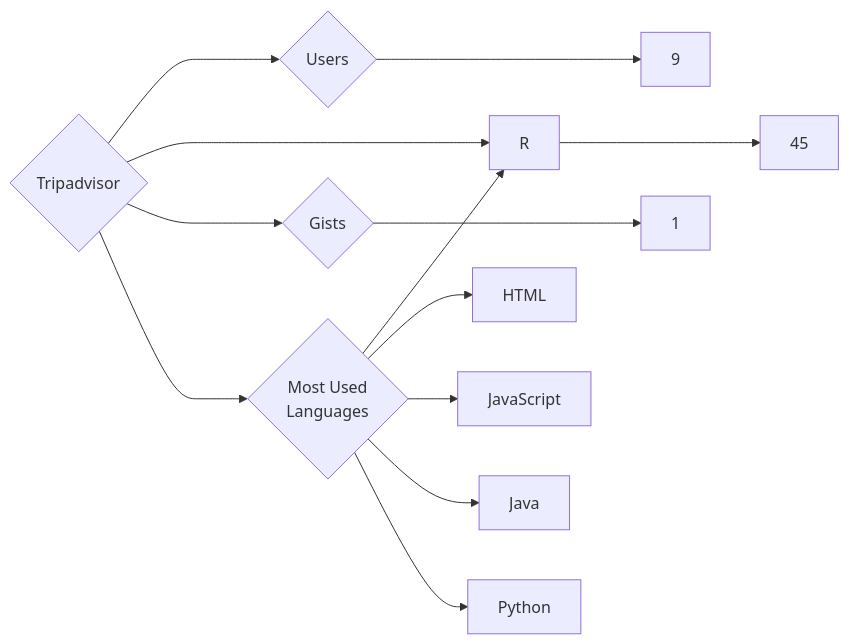
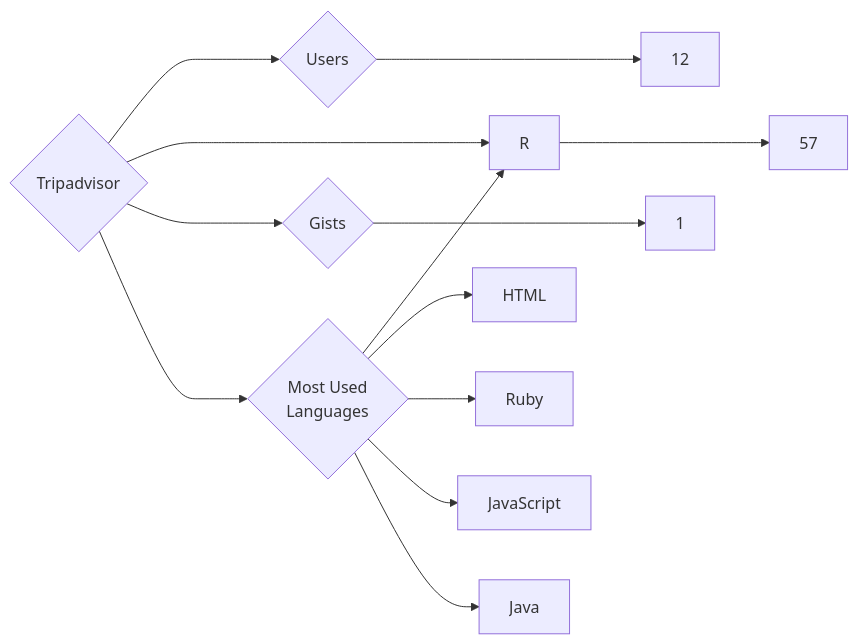
Before and after one commit to trickest/insiders: the diagram in targets/Tripadvisor/README.md, drawn with Mermaid. The commit also changed 965 other files, not shown here.

````diff
--- a/targets/Tripadvisor/README.md
+++ b/targets/Tripadvisor/README.md
@@ -3,13 +3,13 @@
 ```mermaid
 graph LR
 COMPANY_NAME{Tripadvisor}
-COMPANY_NAME ---> U{Users} ---> UN[9]
-COMPANY_NAME ---> R{Repositories} ---> RN[45]
+COMPANY_NAME ---> U{Users} ---> UN[12]
+COMPANY_NAME ---> R{Repositories} ---> RN[57]
 COMPANY_NAME ---> G{Gists} ---> GN[1]
 COMPANY_NAME ---> ML{Most Used<br>Languages}
 ML --> R[R]
 ML --> HTML[HTML]
+ML --> Ruby[Ruby]
 ML --> JavaScript[JavaScript]
 ML --> Java[Java]
-ML --> Python[Python]
 ```
````
